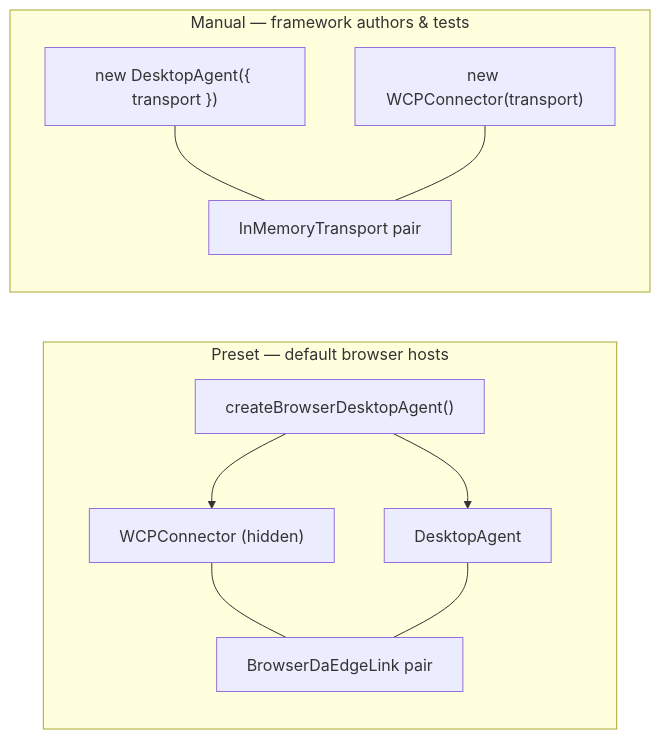
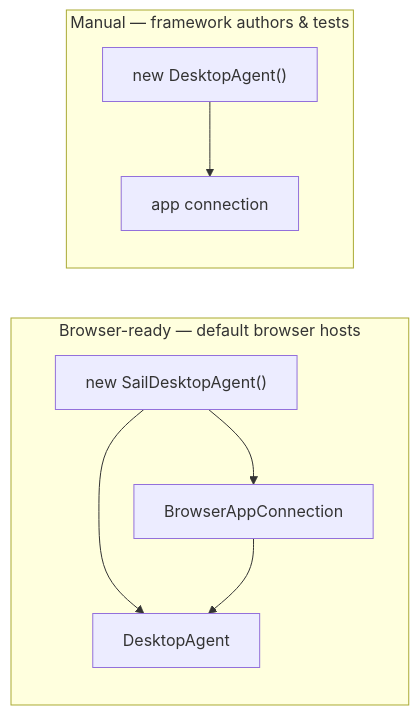
The second of 7 diagrams in website/docs/packages/desktop-agent/composition.md (SeeWhatsOn/FDC3-Sail), drawn with Mermaid before and after one commit. The commit also changed other lines of this file and 28 other files, not shown here.

First line of the commit message:
refactor: transition to SailDesktopAgent and streamline browser agent structure

````diff
--- a/website/docs/packages/desktop-agent/composition.md
+++ b/website/docs/packages/desktop-agent/composition.md
@@ -57,17 +52,15 @@
 ```mermaid
 flowchart LR
-  subgraph preset ["Preset — default browser hosts"]
-    P["createBrowserDesktopAgent()"]
-    P --> E1["WCPConnector (hidden)"]
+  subgraph browserReady ["Browser-ready — default browser hosts"]
+    P["new SailDesktopAgent()"]
+    P --> E1["BrowserAppConnection"]
     P --> D1["DesktopAgent"]
-    E1 --- T1["BrowserDaEdgeLink pair"]
-    D1 --- T1
+    E1 --> D1
   end
 
   subgraph manual ["Manual — framework authors & tests"]
-    D2["new DesktopAgent({ transport })"]
-    E2["new WCPConnector(transport)"]
-    D2 --- T2["InMemoryTransport pair"]
-    E2 --- T2
+    D2["new DesktopAgent()"]
+    E2["app connection"]
+    D2 --> E2
   end
 ```
````
